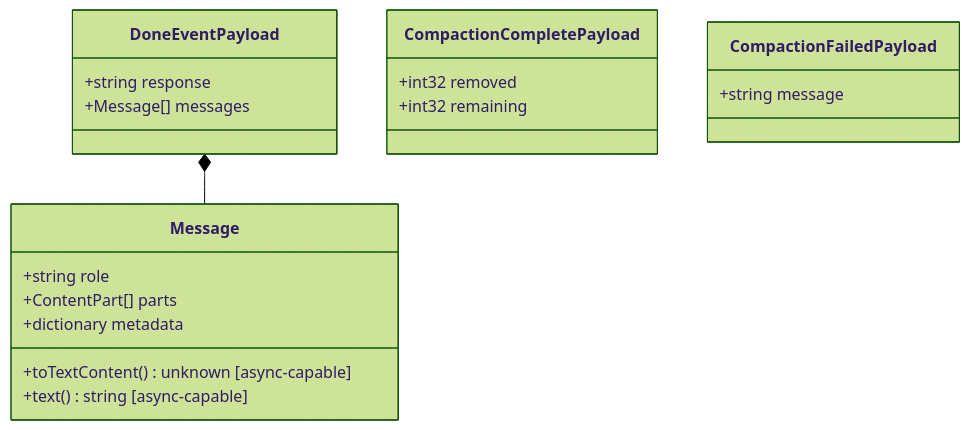
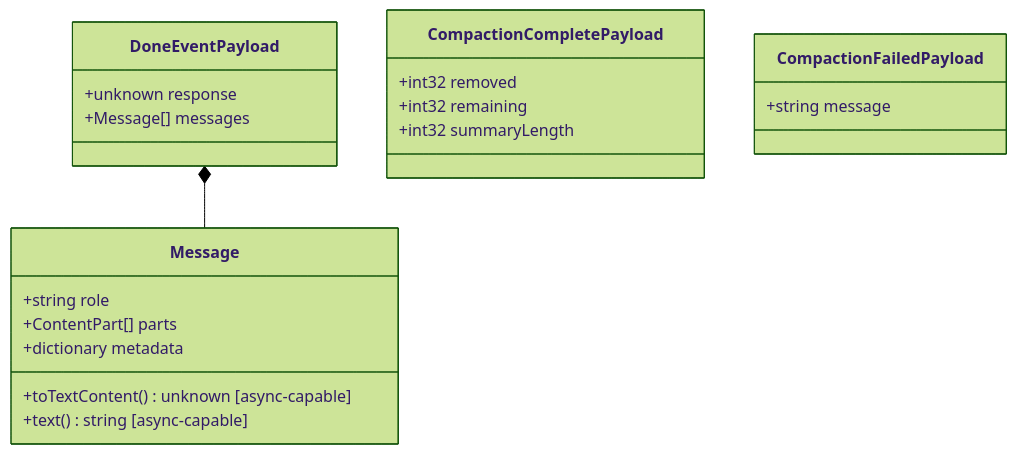
One commit to microsoft/prompty changed the ninth of 9 diagrams in web/src/content/docs/reference/index.md. Above: the diagram before and after it, drawn with Mermaid (forest theme). The commit also changed other lines of this file and 1425 other files, not shown here.

````diff
--- a/web/src/content/docs/reference/index.md
+++ b/web/src/content/docs/reference/index.md
@@ -408,22 +424,23 @@
 ```mermaid
 classDiagram
     class DoneEventPayload {
-        +string response
+        +unknown response
         +Message[] messages
     }
     class CompactionCompletePayload {
         +int32 removed
         +int32 remaining
+        +int32 summaryLength
     }
     class CompactionFailedPayload {
         +string message
     }
     class Message {
         +string role
         +ContentPart[] parts
         +dictionary metadata
         +toTextContent() unknown [async-capable]
         +text() string [async-capable]
     }
     DoneEventPayload *-- Message
 ```
````
